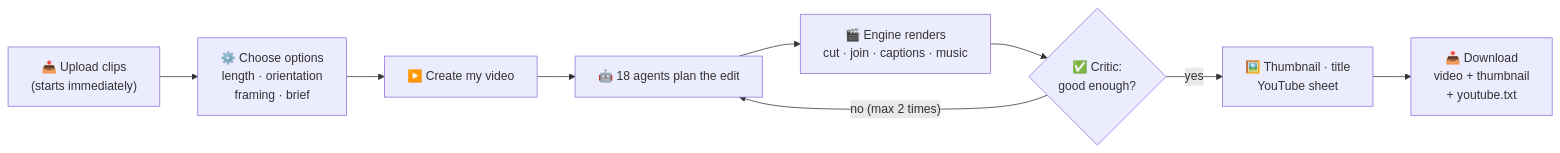
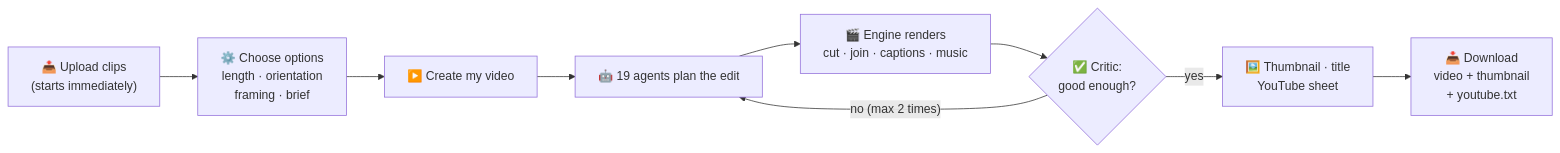
One commit to akanshalakhina/Alpha_Titans_AI changed the first of 6 diagrams in README.md. Above: the diagram before and after it, drawn with Mermaid. The commit also changed other lines of this file and 16 other files, not shown here.

````diff
--- a/README.md
+++ b/README.md
@@ -83,11 +83,11 @@
 ```mermaid
 flowchart LR
     A["📤 Upload clips<br/>(starts immediately)"] --> B["⚙️ Choose options<br/>length · orientation<br/>framing · brief"]
     B --> C["▶️ Create my video"]
-    C --> D["🤖 18 agents plan the edit"]
+    C --> D["🤖 19 agents plan the edit"]
     D --> E["🎬 Engine renders<br/>cut · join · captions · music"]
     E --> F{"✅ Critic:<br/>good enough?"}
     F -- "no (max 2 times)" --> D
     F -- yes --> G["🖼️ Thumbnail · title<br/>YouTube sheet"]
     G --> H["📥 Download<br/>video + thumbnail<br/>+ youtube.txt"]
 ```
````
